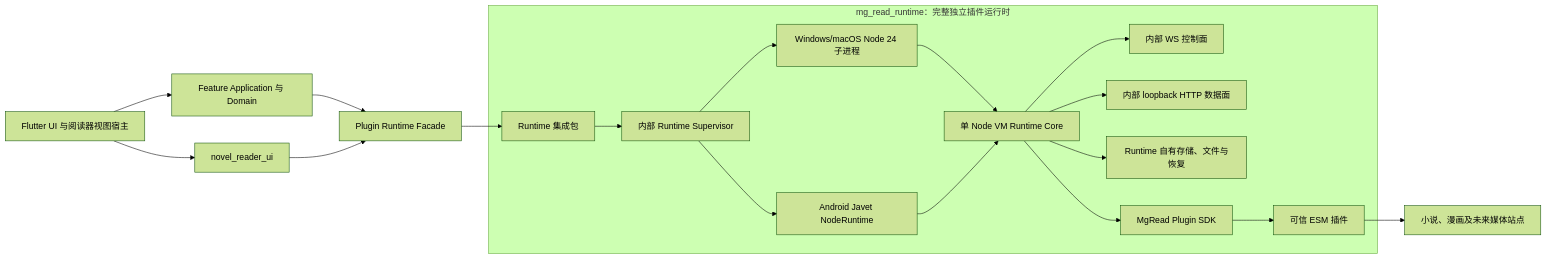
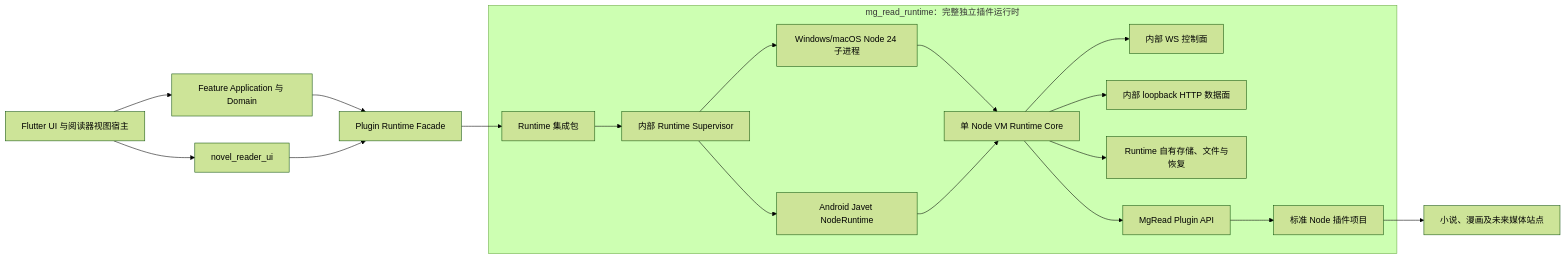
One commit to lingy-Mg/mg_read changed the diagram in docs/architecture/README.md. Above: the diagram before and after it, drawn with Mermaid (forest theme). The commit also changed other lines of this file and 28 other files, not shown here.

````diff
--- a/docs/architecture/README.md
+++ b/docs/architecture/README.md
@@ -38,33 +39,33 @@
 ```mermaid
 flowchart LR
     UI["Flutter UI 与阅读器视图宿主"] --> APP["Feature Application 与 Domain"]
     APP --> FACADE["Plugin Runtime Facade"]
     UI --> READER["novel_reader_ui"]
     READER --> FACADE
     FACADE --> API
 
     subgraph RUNTIME["mg_read_runtime：完整独立插件运行时"]
         API["Runtime 集成包"]
         SUP["内部 Runtime Supervisor"]
         DESKTOP["Windows/macOS Node 24 子进程"]
         ANDROID["Android Javet NodeRuntime"]
         CORE["单 Node VM Runtime Core"]
         WS["内部 WS 控制面"]
         HTTP["内部 loopback HTTP 数据面"]
         STORE["Runtime 自有存储、文件与恢复"]
-        SDK["MgRead Plugin SDK"]
-        PLUGINS["可信 ESM 插件"]
+        SDK["MgRead Plugin API"]
+        PLUGINS["标准 Node 插件项目"]
         API --> SUP
         SUP --> DESKTOP
         SUP --> ANDROID
         DESKTOP --> CORE
         ANDROID --> CORE
         CORE --> WS
         CORE --> HTTP
         CORE --> STORE
         CORE --> SDK
         SDK --> PLUGINS
     end
 
     PLUGINS --> SOURCES["小说、漫画及未来媒体站点"]
 ```
````
